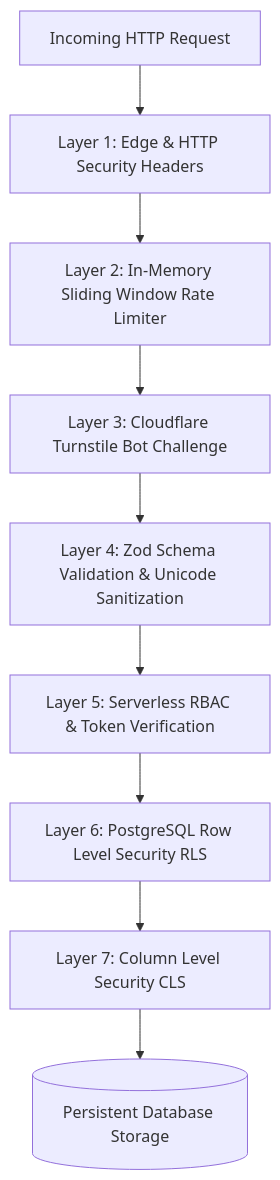
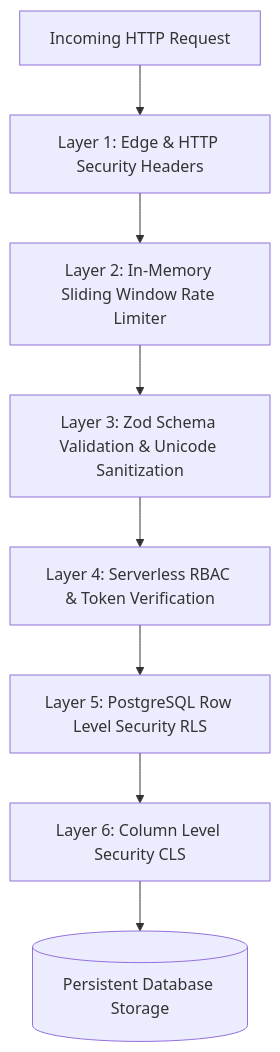
Before and after one commit to zdump-guy/PharmaCore: the diagram in docs/SECURITY/SECURITY_MODEL.md, drawn with Mermaid. The commit also changed other lines of this file and 52 other files, not shown here.

````diff
--- a/docs/SECURITY/SECURITY_MODEL.md
+++ b/docs/SECURITY/SECURITY_MODEL.md
@@ -7,11 +7,10 @@
 ```mermaid
 graph TD
     Req[Incoming HTTP Request] --> L1[Layer 1: Edge & HTTP Security Headers]
     L1 --> L2[Layer 2: In-Memory Sliding Window Rate Limiter]
-    L2 --> L3[Layer 3: Cloudflare Turnstile Bot Challenge]
-    L3 --> L4[Layer 4: Zod Schema Validation & Unicode Sanitization]
-    L4 --> L5[Layer 5: Serverless RBAC & Token Verification]
-    L5 --> L6[Layer 6: PostgreSQL Row Level Security RLS]
-    L6 --> L7[Layer 7: Column Level Security CLS]
-    L7 --> DB[(Persistent Database Storage)]
+    L2 --> L3[Layer 3: Zod Schema Validation & Unicode Sanitization]
+    L3 --> L4[Layer 4: Serverless RBAC & Token Verification]
+    L4 --> L5[Layer 5: PostgreSQL Row Level Security RLS]
+    L5 --> L6[Layer 6: Column Level Security CLS]
+    L6 --> DB[(Persistent Database Storage)]
 ```
````
